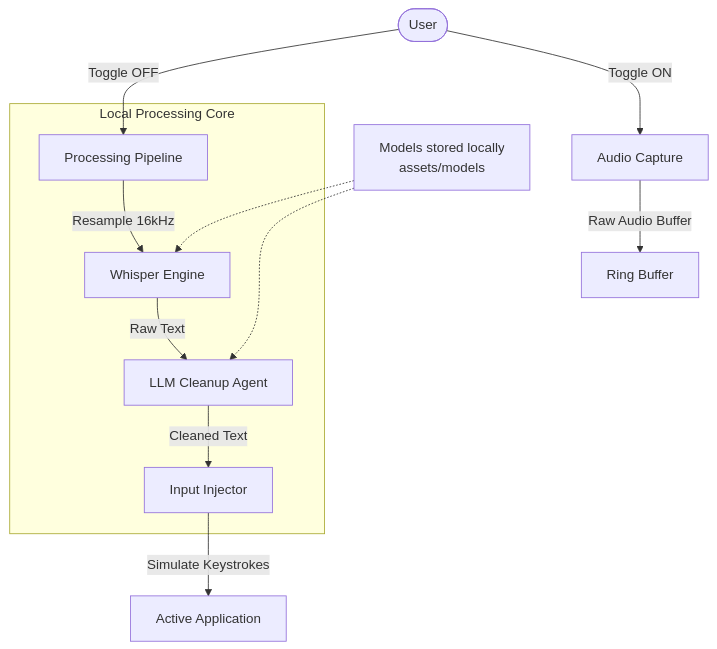
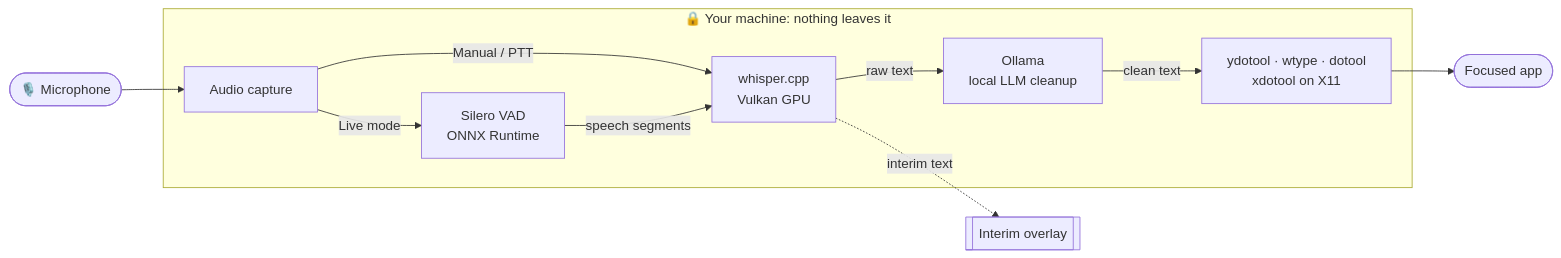
The diagram in README.md (AxDSan/localvoicesync), drawn with Mermaid before and after one commit. The commit also changed other lines of this file and 2 other files, not shown here.

````diff
--- a/README.md
+++ b/README.md
@@ -60,17 +176,15 @@
 ```mermaid
-graph TD
-    User([User]) -->|Toggle ON| Mic[Audio Capture]
-    Mic -->|Raw Audio Buffer| Buffer[Ring Buffer]
-    User -->|Toggle OFF| Processor[Processing Pipeline]
-    
-    subgraph "Local Processing Core"
-        Processor -->|Resample 16kHz| Whisper[Whisper Engine]
-        Whisper -->|Raw Text| LLM[LLM Cleanup Agent]
-        LLM -->|Cleaned Text| Injector[Input Injector]
+flowchart LR
+    Mic([🎙️ Microphone]) --> Capture[Audio capture]
+
+    subgraph Machine["🔒 Your machine: nothing leaves it"]
+        Capture -->|Live mode| VAD[Silero VAD<br/>ONNX Runtime]
+        Capture -->|Manual / PTT| Whisper
+        VAD -->|speech segments| Whisper[whisper.cpp<br/>Vulkan GPU]
+        Whisper -->|raw text| LLM[Ollama<br/>local LLM cleanup]
+        LLM -->|clean text| Inject[ydotool · wtype · dotool<br/>xdotool on X11]
     end
-    
-    Injector -->|Simulate Keystrokes| App[Active Application]
-    
-    note[Models stored locally<br/>assets/models] -.-> Whisper
-    note -.-> LLM
+
+    Whisper -. interim text .-> Overlay[[Interim overlay]]
+    Inject --> App([Focused app])
 ```
````
